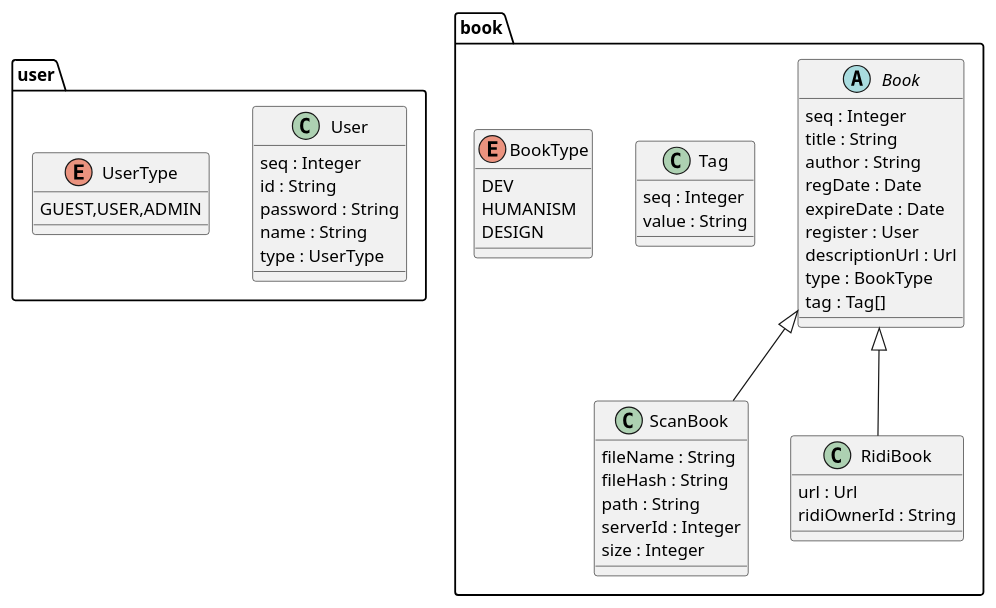
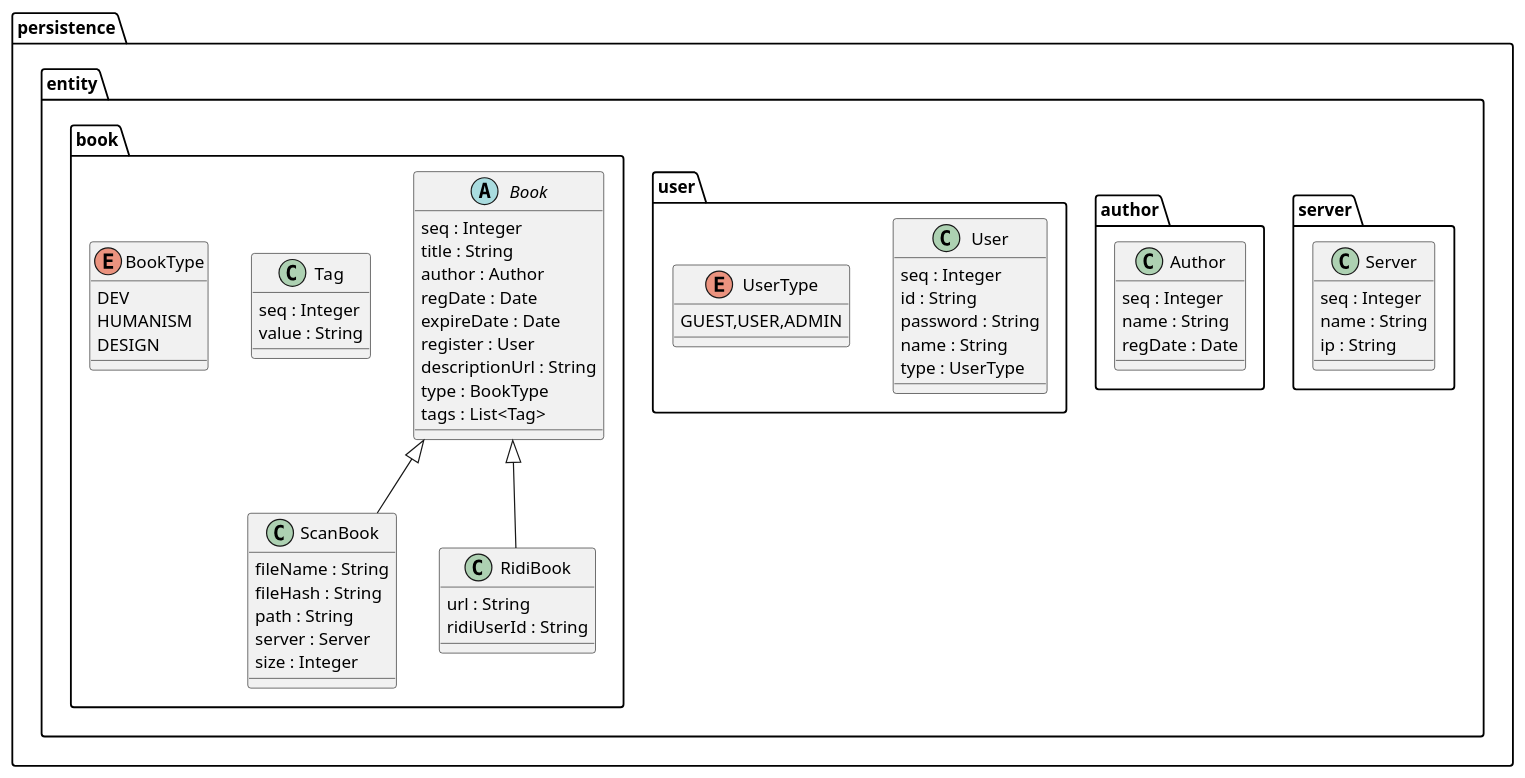
The diagram in uml/all-class-diagram.puml (glqdlt/myhome-manager), drawn with PlantUML before and after one commit. The commit also changed 10 other files, not shown here.

```diff
--- a/uml/all-class-diagram.puml
+++ b/uml/all-class-diagram.puml
@@ -1,56 +1,75 @@
 @startuml
 
-package user{
+
+package persistence.entity.server{
+
+    class Server{
+    seq : Integer
+    name : String
+    ip : String
+    }
+
+}
+
+package persistence.entity.author{
+    class Author{
+        seq : Integer
+        name : String
+        regDate : Date
+    }
+}
+
+package persistence.entity.user{
 class User {
     seq : Integer
     id : String
     password : String
     name : String
     type : UserType
 }
 
 enum UserType{
     GUEST,USER,ADMIN
 }
 }
-package book {
+package persistence.entity.book {
 abstract class Book{
     seq : Integer
     title : String
-    author : String
+    author : Author
     regDate : Date
     expireDate : Date
     register : User
-    descriptionUrl : Url
+    descriptionUrl : String
     type : BookType
-    tag : Tag[]
+    tags : List<Tag>
 }
 
 class Tag {
     seq : Integer
     value : String
 }
 Book <|-- ScanBook
 Book <|-- RidiBook
 
 class ScanBook{
     fileName : String
     fileHash : String
     path : String
-    serverId : Integer
+    server : Server
     size : Integer
 }
 
 class RidiBook{
-    url : Url
-    ridiOwnerId : String
+    url : String
+    ridiUserId : String
 }
 
 enum BookType {
     DEV
     HUMANISM
     DESIGN
 }
 }
 
 @enduml
```
